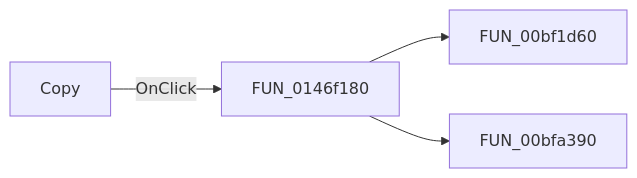
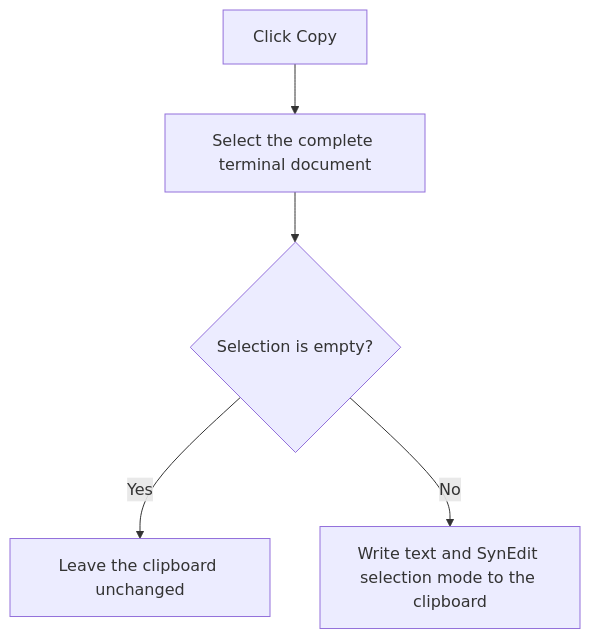
Before and after one commit to MovGP0/TIARA: the diagram in docs/ui-controls/pymainform/mncopyterminal-01fd0b4d00.md, drawn with Mermaid. The commit also changed other lines of this file and 1062 other files, not shown here.

````diff
--- a/docs/ui-controls/pymainform/mncopyterminal-01fd0b4d00.md
+++ b/docs/ui-controls/pymainform/mncopyterminal-01fd0b4d00.md
@@ -27,6 +29,7 @@
 ```mermaid
-flowchart LR
-    control["Copy"] -->|OnClick| handler["FUN_0146f180"]
-    handler --> call1["FUN_00bf1d60"]
-    handler --> call2["FUN_00bfa390"]
+flowchart TD
+    control["Click Copy"] --> select["Select the complete terminal document"]
+    select --> empty{"Selection is empty?"}
+    empty -->|Yes| noAction["Leave the clipboard unchanged"]
+    empty -->|No| copy["Write text and SynEdit selection mode to the clipboard"]
 ```
````
